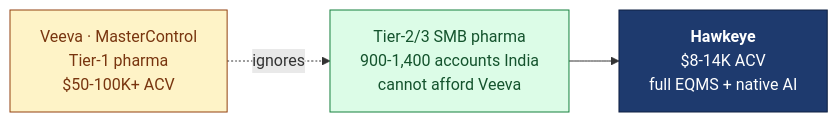
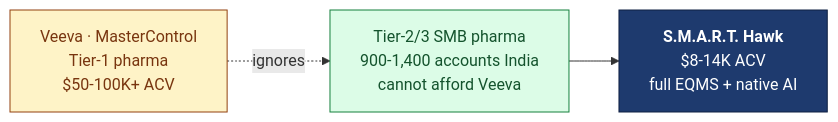
The first of 5 diagrams in 02-fundraising/pitch-deck/INVESTOR-DECK.md (hawkeyetransact-dotcom/doc_v2), drawn with Mermaid before and after one commit. The commit also changed other lines of this file and 105 other files, not shown here.

First line of the commit message:
Rebrand docs: Hawkeye -> S.M.A.R.T. Hawk; S.M.A.R.T. five-pillar pipeline

````diff
--- a/02-fundraising/pitch-deck/INVESTOR-DECK.md
+++ b/02-fundraising/pitch-deck/INVESTOR-DECK.md
@@ -46,13 +46,13 @@
 ```mermaid
 flowchart LR
     classDef veeva fill:#FEF3C7,stroke:#92400E,color:#78350F
     classDef gap fill:#DCFCE7,stroke:#15803D,color:#14532D
     classDef hawk fill:#1E3A6E,stroke:#0F2042,color:#FFFFFF
 
     V["Veeva · MasterControl<br/>Tier-1 pharma<br/>$50-100K+ ACV"]:::veeva
     M["Tier-2/3 SMB pharma<br/>900-1,400 accounts India<br/>cannot afford Veeva"]:::gap
-    H["<b>Hawkeye</b><br/>$8-14K ACV<br/>full EQMS + native AI"]:::hawk
+    H["<b>S.M.A.R.T. Hawk</b><br/>$8-14K ACV<br/>full EQMS + native AI"]:::hawk
 
     V -. ignores .-> M
     M --> H
 ```
````
